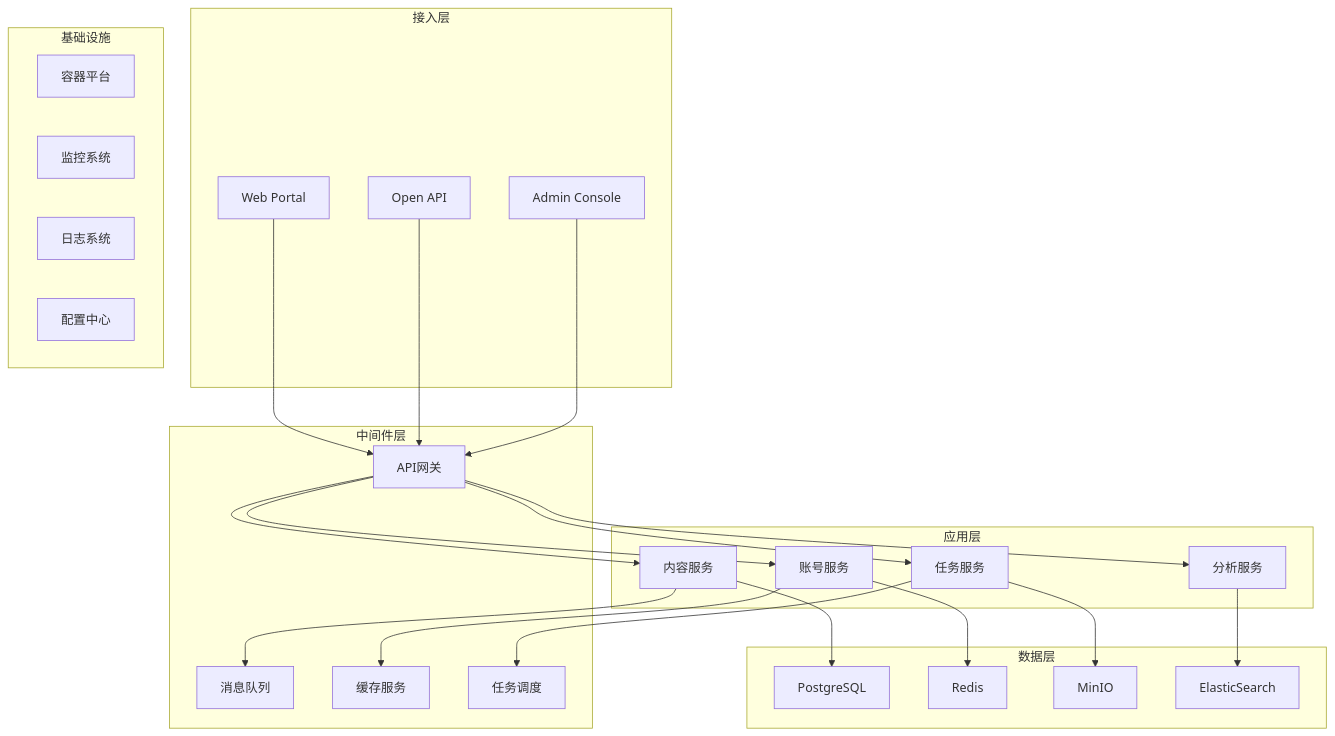
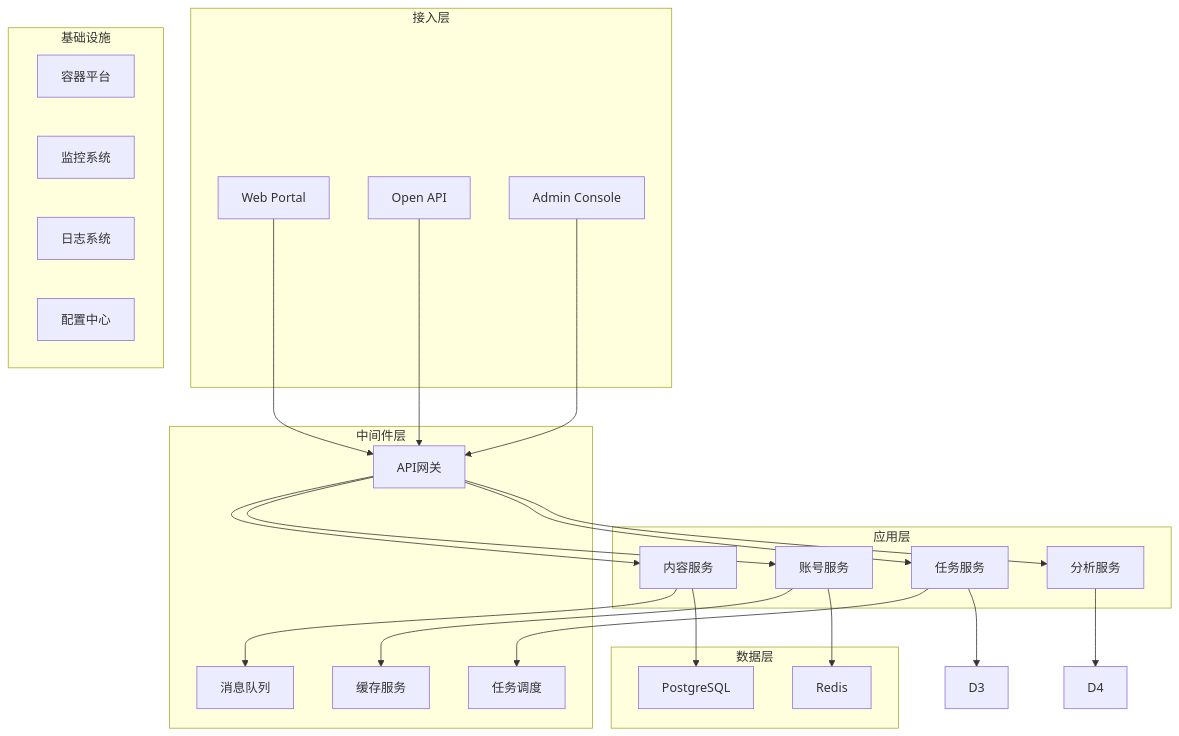
The fifth of 8 diagrams in rules/头条/00-all.md (vimson999/think_ship), drawn with Mermaid before and after one commit. The commit also changed other lines of this file and 6 other files, not shown here.

````diff
--- a/rules/头条/00-all.md
+++ b/rules/头条/00-all.md
@@ -282,51 +282,49 @@
 ```mermaid
 graph TB
     subgraph "接入层"
         A1[Web Portal]
         A2[Open API]
         A3[Admin Console]
     end
     
     subgraph "应用层"
         B1[内容服务]
         B2[账号服务]
         B3[任务服务]
         B4[分析服务]
     end
     
     subgraph "中间件层"
         C1[消息队列]
         C2[缓存服务]
         C3[任务调度]
         C4[API网关]
     end
     
     subgraph "数据层"
         D1[PostgreSQL]
         D2[Redis]
-        D3[MinIO]
-        D4[ElasticSearch]
     end
     
     subgraph "基础设施"
         E1[容器平台]
         E2[监控系统]
         E3[日志系统]
         E4[配置中心]
     end
     
     A1 --> C4
     A2 --> C4
     A3 --> C4
     C4 --> B1
     C4 --> B2
     C4 --> B3
     C4 --> B4
     B1 --> C1
     B2 --> C2
     B3 --> C3
     B1 --> D1
     B2 --> D2
     B3 --> D3
     B4 --> D4
 ```
````
